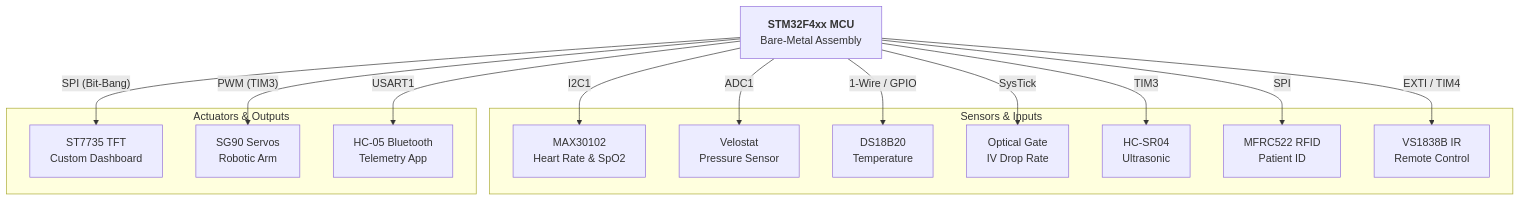
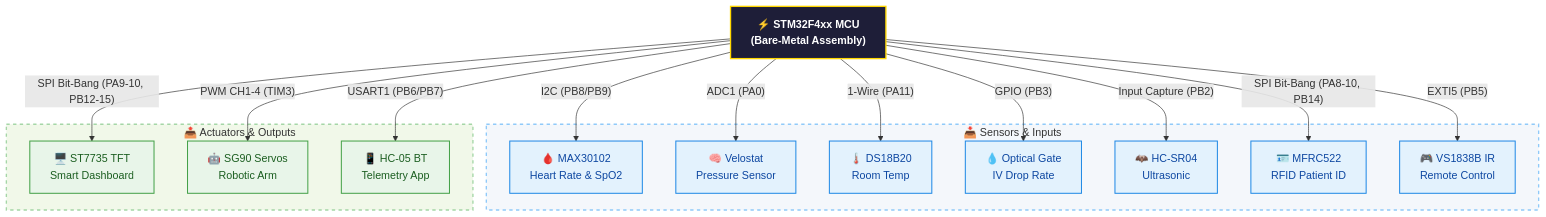
Before and after one commit to fady111-f/Nurse-Robot-: the first of 2 diagrams in README.md, drawn with Mermaid. The commit also changed other lines of this file, not shown here.

````diff
--- a/README.md
+++ b/README.md
@@ -24,32 +24,38 @@
 ```mermaid
-graph TD
-    MCU[<b>STM32F4xx MCU</b><br/>Bare-Metal Assembly]
+graph TB
+    classDef mcu fill:#1e1e38,stroke:#ffd700,stroke-width:2px,color:#fff,font-weight:bold;
+    classDef sensor fill:#e3f2fd,stroke:#1e88e5,stroke-width:1.5px,color:#0d47a1;
+    classDef actuator fill:#e8f5e9,stroke:#43a047,stroke-width:1.5px,color:#1b5e20;
     
-    subgraph Sensors & Inputs
-        MAX[MAX30102<br/>Heart Rate & SpO2]
-        VELO[Velostat<br/>Pressure Sensor]
-        DS18[DS18B20<br/>Temperature]
-        IR_DROP[Optical Gate<br/>IV Drop Rate]
-        HCSR[HC-SR04<br/>Ultrasonic]
-        RFID[MFRC522 RFID<br/>Patient ID]
-        IR_REM[VS1838B IR<br/>Remote Control]
+    MCU["⚡ STM32F4xx MCU<br/>(Bare-Metal Assembly)"]:::mcu
+    
+    subgraph InputSensors["📥 Sensors & Inputs"]
+        MAX["🩸 MAX30102<br/>Heart Rate & SpO2"]:::sensor
+        VELO["🧠 Velostat<br/>Pressure Sensor"]:::sensor
+        DS18["🌡️ DS18B20<br/>Room Temp"]:::sensor
+        IR_DROP["💧 Optical Gate<br/>IV Drop Rate"]:::sensor
+        HCSR["🦇 HC-SR04<br/>Ultrasonic"]:::sensor
+        RFID["🪪 MFRC522<br/>RFID Patient ID"]:::sensor
+        IR_REM["🎮 VS1838B IR<br/>Remote Control"]:::sensor
     end
+    style InputSensors fill:#f4f7fb,stroke:#90caf9,stroke-width:2px,stroke-dasharray: 5 5;
 
-    subgraph Actuators & Outputs
-        TFT[ST7735 TFT<br/>Custom Dashboard]
-        ARM[SG90 Servos<br/>Robotic Arm]
-        BT[HC-05 Bluetooth<br/>Telemetry App]
+    subgraph OutputActuators["📤 Actuators & Outputs"]
+        TFT["🖥️ ST7735 TFT<br/>Smart Dashboard"]:::actuator
+        ARM["🤖 SG90 Servos<br/>Robotic Arm"]:::actuator
+        BT["📱 HC-05 BT<br/>Telemetry App"]:::actuator
     end
+    style OutputActuators fill:#f1f8e9,stroke:#a5d6a7,stroke-width:2px,stroke-dasharray: 5 5;
 
-    MCU -- I2C1 --> MAX
-    MCU -- ADC1 --> VELO
-    MCU -- 1-Wire / GPIO --> DS18
-    MCU -- SysTick --> IR_DROP
-    MCU -- TIM3 --> HCSR
-    MCU -- SPI --> RFID
-    MCU -- EXTI / TIM4 --> IR_REM
+    MCU -- "I2C (PB8/PB9)" --> MAX
+    MCU -- "ADC1 (PA0)" --> VELO
+    MCU -- "1-Wire (PA11)" --> DS18
+    MCU -- "GPIO (PB3)" --> IR_DROP
+    MCU -- "Input Capture (PB2)" --> HCSR
+    MCU -- "SPI Bit-Bang (PA8-10, PB14)" --> RFID
+    MCU -- "EXTI5 (PB5)" --> IR_REM
 
-    MCU -- SPI (Bit-Bang) --> TFT
-    MCU -- PWM (TIM3) --> ARM
-    MCU -- USART1 --> BT
+    MCU -- "SPI Bit-Bang (PA9-10, PB12-15)" --> TFT
+    MCU -- "PWM CH1-4 (TIM3)" --> ARM
+    MCU -- "USART1 (PB6/PB7)" --> BT
 ```
````
